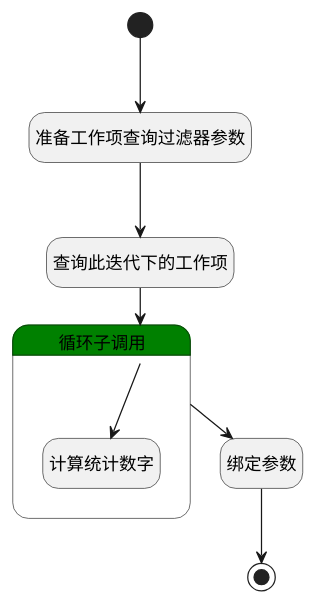
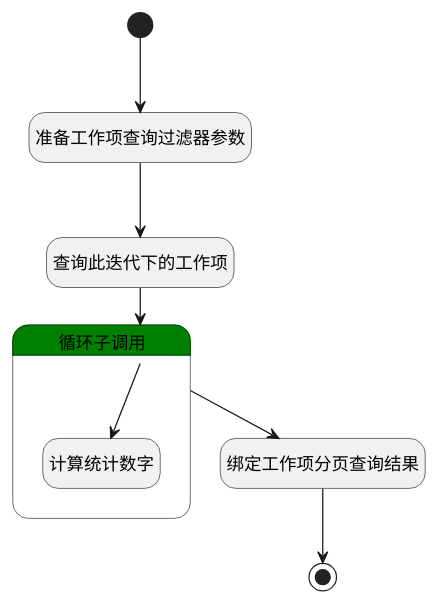
The diagram in doc/docsify/module/ProjMgmt/work_item/logic/sprint_contribution.md (iBizLab/plm), drawn with PlantUML before and after one commit. The commit also changed other lines of this file and 1778 other files, not shown here.

````diff
--- a/doc/docsify/module/ProjMgmt/work_item/logic/sprint_contribution.md
+++ b/doc/docsify/module/ProjMgmt/work_item/logic/sprint_contribution.md
@@ -7,30 +7,30 @@
 ```plantuml
 @startuml
 hide empty description
 <style>
 root {
   HyperlinkColor #42b983
 }
 </style>
 
 hide empty description
 state "开始" as Begin <<start>> [[$./sprint_contribution#begin {"开始"}]]
 state "准备工作项查询过滤器参数" as PREPAREPARAM1  [[$./sprint_contribution#prepareparam1 {"准备工作项查询过滤器参数"}]]
 state "查询此迭代下的工作项" as DEDATASET1  [[$./sprint_contribution#dedataset1 {"查询此迭代下的工作项"}]]
-state "绑定参数" as BINDPARAM1  [[$./sprint_contribution#bindparam1 {"绑定参数"}]]
+state "绑定工作项分页查询结果" as BINDPARAM1  [[$./sprint_contribution#bindparam1 {"绑定工作项分页查询结果"}]]
 state "结束" as END1 <<end>> [[$./sprint_contribution#end1 {"结束"}]]
 state "循环子调用" as LOOPSUBCALL1  [[$./sprint_contribution#loopsubcall1 {"循环子调用"}]] #green {
 state "计算统计数字" as RAWSFCODE1  [[$./sprint_contribution#rawsfcode1 {"计算统计数字"}]]
 }
 
 
 Begin --> PREPAREPARAM1
 PREPAREPARAM1 --> DEDATASET1
 DEDATASET1 --> LOOPSUBCALL1
 LOOPSUBCALL1 --> RAWSFCODE1
 LOOPSUBCALL1 --> BINDPARAM1
 BINDPARAM1 --> END1
 
 
 @enduml
 ```
````
